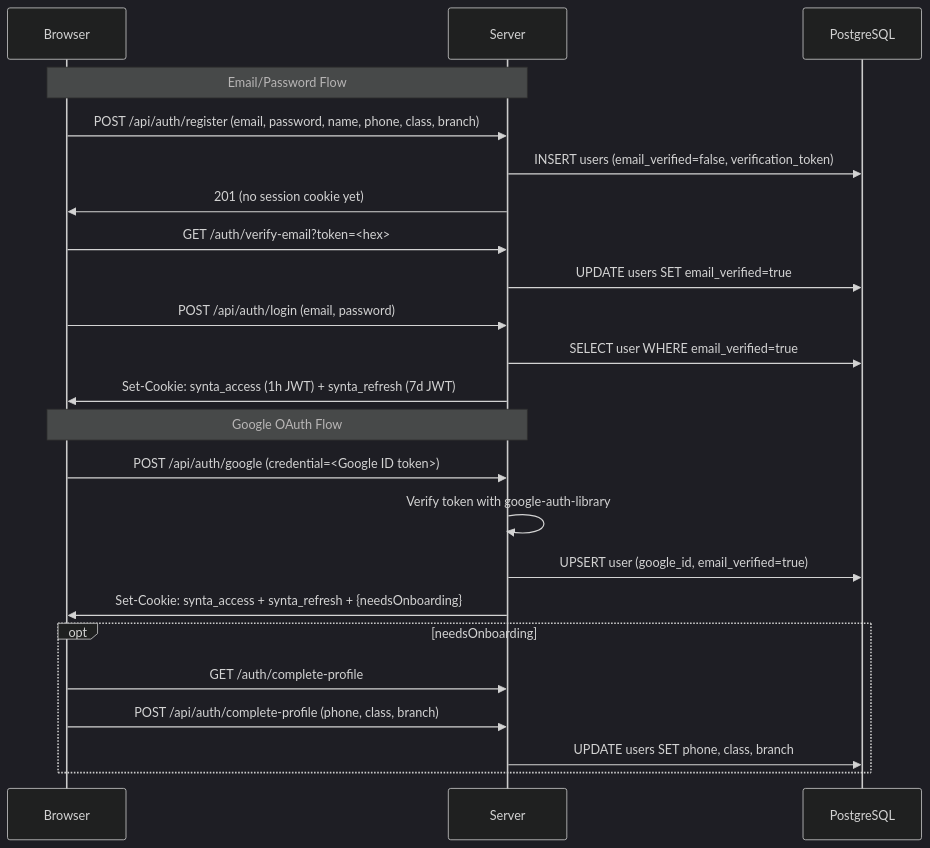
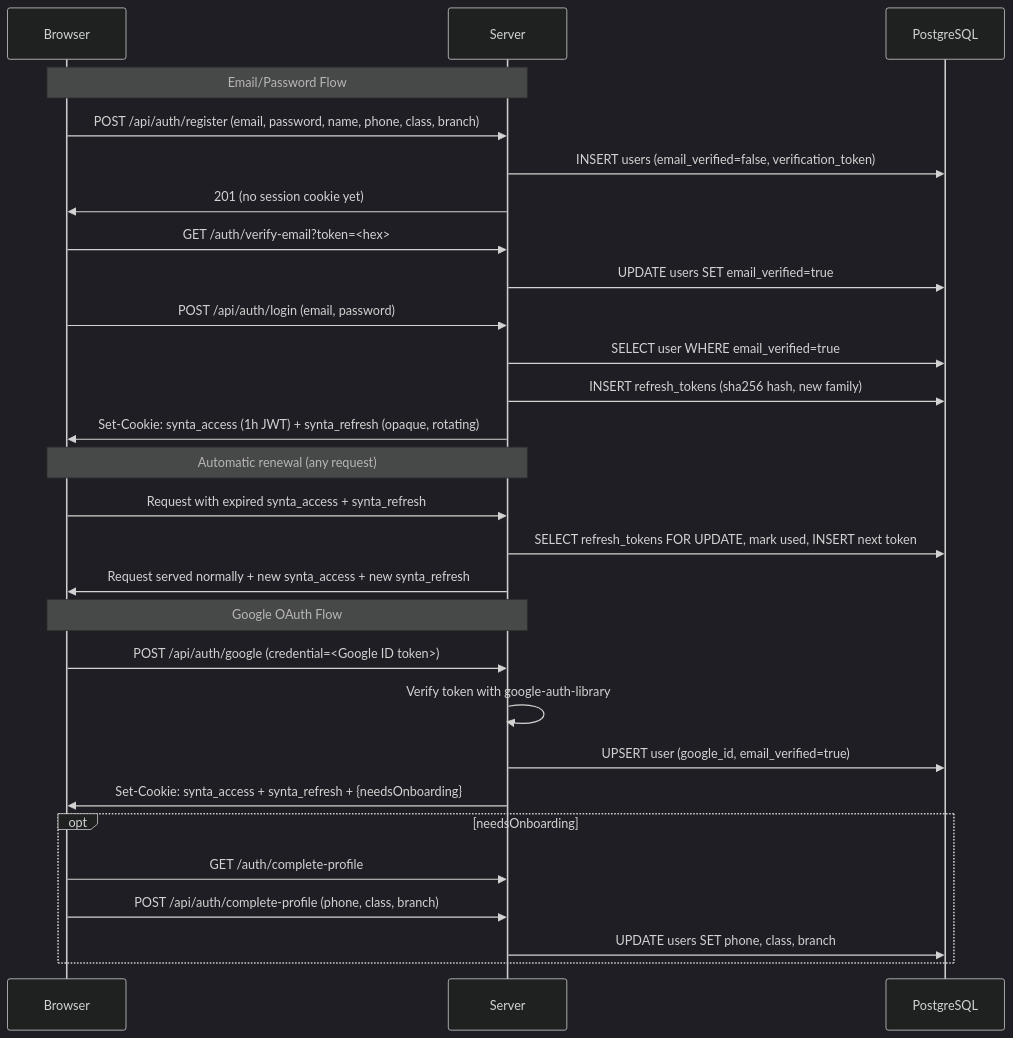
One commit to Itsreekid/synta2026 changed the second of 2 diagrams in ARCHITECTURE.md. Above: the diagram before and after it, drawn with Mermaid (dark theme). The commit also changed other lines of this file and 65 other files, not shown here.

````diff
--- a/ARCHITECTURE.md
+++ b/ARCHITECTURE.md
@@ -303,27 +310,33 @@
 ```mermaid
 sequenceDiagram
     participant B as Browser
     participant S as Server
     participant DB as PostgreSQL
 
     Note over B,S: Email/Password Flow
     B->>S: POST /api/auth/register (email, password, name, phone, class, branch)
     S->>DB: INSERT users (email_verified=false, verification_token)
     S->>B: 201 (no session cookie yet)
     B->>S: GET /auth/verify-email?token=<hex>
     S->>DB: UPDATE users SET email_verified=true
     B->>S: POST /api/auth/login (email, password)
     S->>DB: SELECT user WHERE email_verified=true
-    S->>B: Set-Cookie: synta_access (1h JWT) + synta_refresh (7d JWT)
+    S->>DB: INSERT refresh_tokens (sha256 hash, new family)
+    S->>B: Set-Cookie: synta_access (1h JWT) + synta_refresh (opaque, rotating)
+
+    Note over B,S: Automatic renewal (any request)
+    B->>S: Request with expired synta_access + synta_refresh
+    S->>DB: SELECT refresh_tokens FOR UPDATE, mark used, INSERT next token
+    S->>B: Request served normally + new synta_access + new synta_refresh
 
     Note over B,S: Google OAuth Flow
     B->>S: POST /api/auth/google (credential=<Google ID token>)
     S->>S: Verify token with google-auth-library
     S->>DB: UPSERT user (google_id, email_verified=true)
     S->>B: Set-Cookie: synta_access + synta_refresh + {needsOnboarding}
     opt needsOnboarding
         B->>S: GET /auth/complete-profile
         B->>S: POST /api/auth/complete-profile (phone, class, branch)
         S->>DB: UPDATE users SET phone, class, branch
     end
 ```
````
